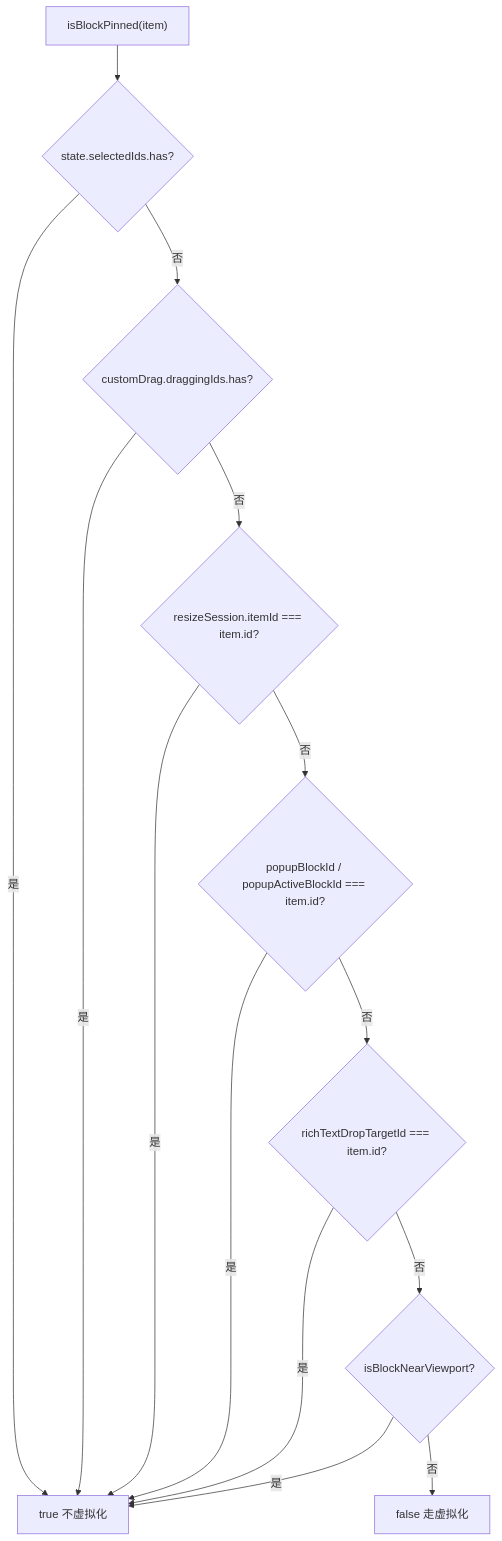
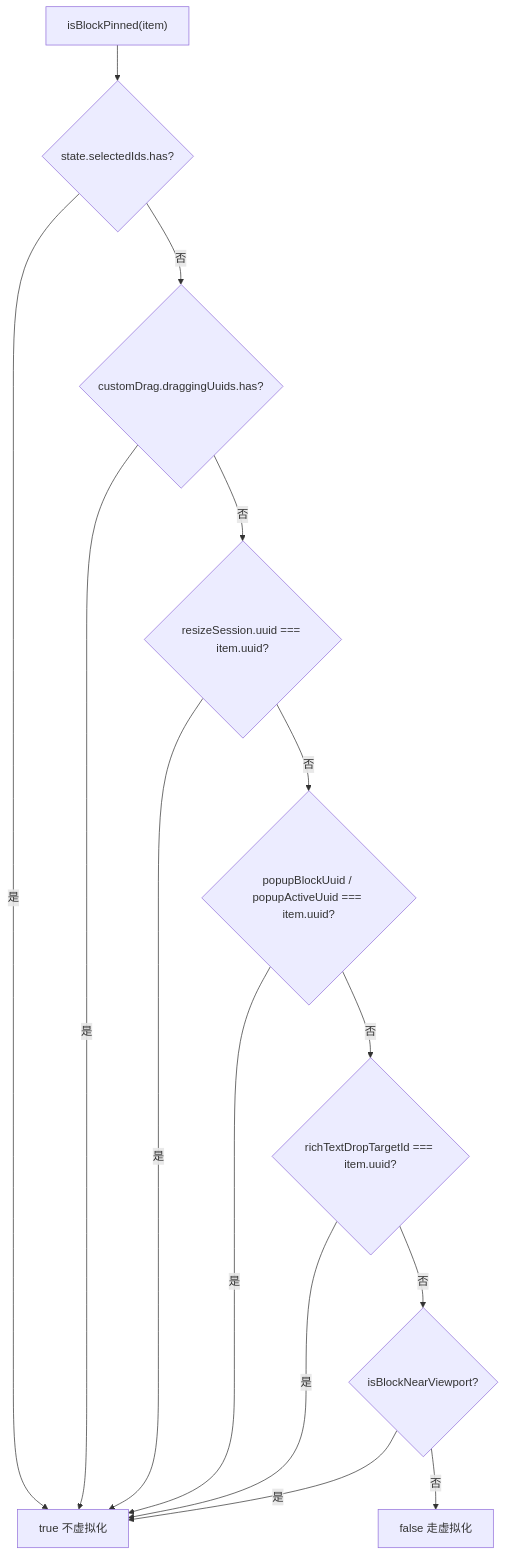
One commit to LogicAurora/Mindrizzle changed the second of 5 diagrams in src/docs/flow/05-block-lifecycle.md. Above: the diagram before and after it, drawn with Mermaid. The commit also changed other lines of this file and 21 other files, not shown here.

````diff
--- a/src/docs/flow/05-block-lifecycle.md
+++ b/src/docs/flow/05-block-lifecycle.md
@@ -24,16 +24,16 @@
 ```mermaid
 flowchart TD
   A["isBlockPinned(item)"] --> B{"state.selectedIds.has?"}
   B -->|是| Z["true 不虚拟化"]
-  B -->|否| C{"customDrag.draggingIds.has?"}
+  B -->|否| C{"customDrag.draggingUuids.has?"}
   C -->|是| Z
-  C -->|否| D{"resizeSession.itemId === item.id?"}
+  C -->|否| D{"resizeSession.uuid === item.uuid?"}
   D -->|是| Z
-  D -->|否| E{"popupBlockId / popupActiveBlockId === item.id?"}
+  D -->|否| E{"popupBlockUuid / popupActiveUuid === item.uuid?"}
   E -->|是| Z
-  E -->|否| F{"richTextDropTargetId === item.id?"}
+  E -->|否| F{"richTextDropTargetId === item.uuid?"}
   F -->|是| Z
   F -->|否| G{"isBlockNearViewport?"}
   G -->|是| Z
   G -->|否| H["false 走虚拟化"]
 ```
````
